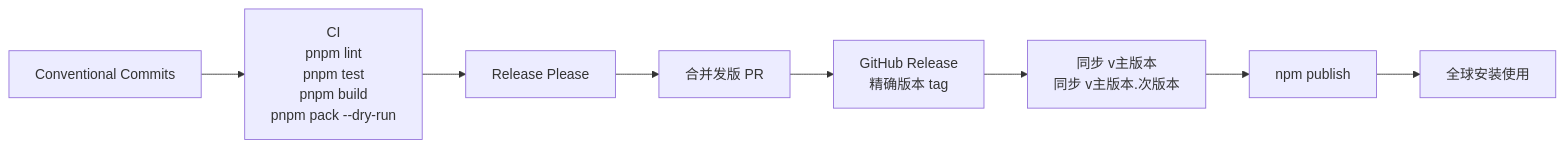
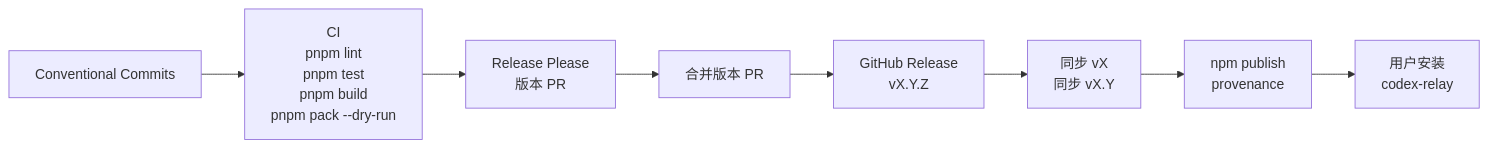
Before and after one commit to Albert-PZY/codex-relay: the third of 3 diagrams in ARCHITECTURE.md, drawn with Mermaid. The commit also changed other lines of this file and 18 other files, not shown here.

First line of the commit message:
fix: reuse codex home for relay runs

````diff
--- a/ARCHITECTURE.md
+++ b/ARCHITECTURE.md
@@ -95,10 +118,10 @@
 ```mermaid
 flowchart LR
   Commit[Conventional Commits] --> CI[CI<br>pnpm lint<br>pnpm test<br>pnpm build<br>pnpm pack --dry-run]
-  CI --> RP[Release Please]
-  RP --> Merge[合并发版 PR]
-  Merge --> Release[GitHub Release<br>精确版本 tag]
-  Release --> Tags[同步 v主版本<br>同步 v主版本.次版本]
-  Tags --> Publish[npm publish]
-  Publish --> Users[全球安装使用]
+  CI --> RP[Release Please<br>版本 PR]
+  RP --> Merge[合并版本 PR]
+  Merge --> Release[GitHub Release<br>vX.Y.Z]
+  Release --> Tags[同步 vX<br>同步 vX.Y]
+  Tags --> Publish[npm publish<br>provenance]
+  Publish --> Users[用户安装<br>codex-relay]
 ```
````
